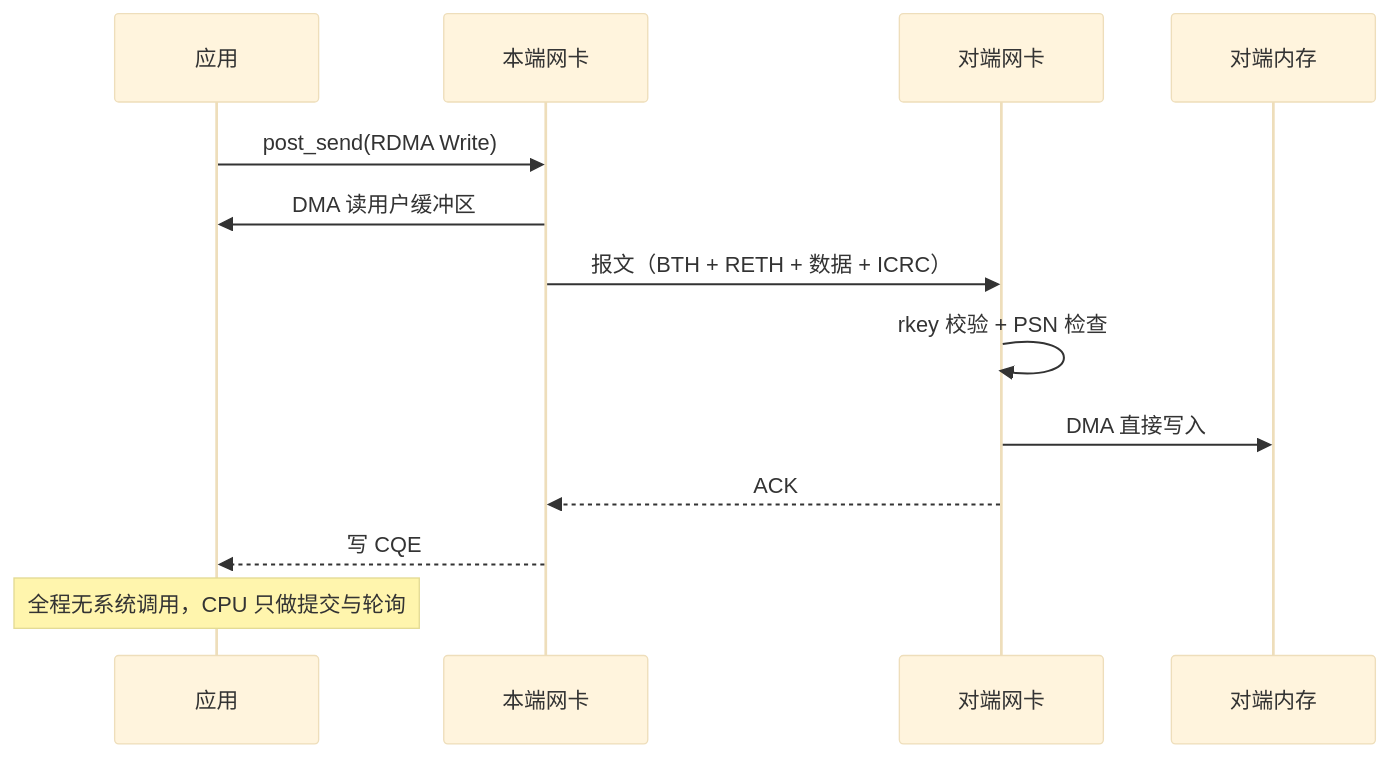
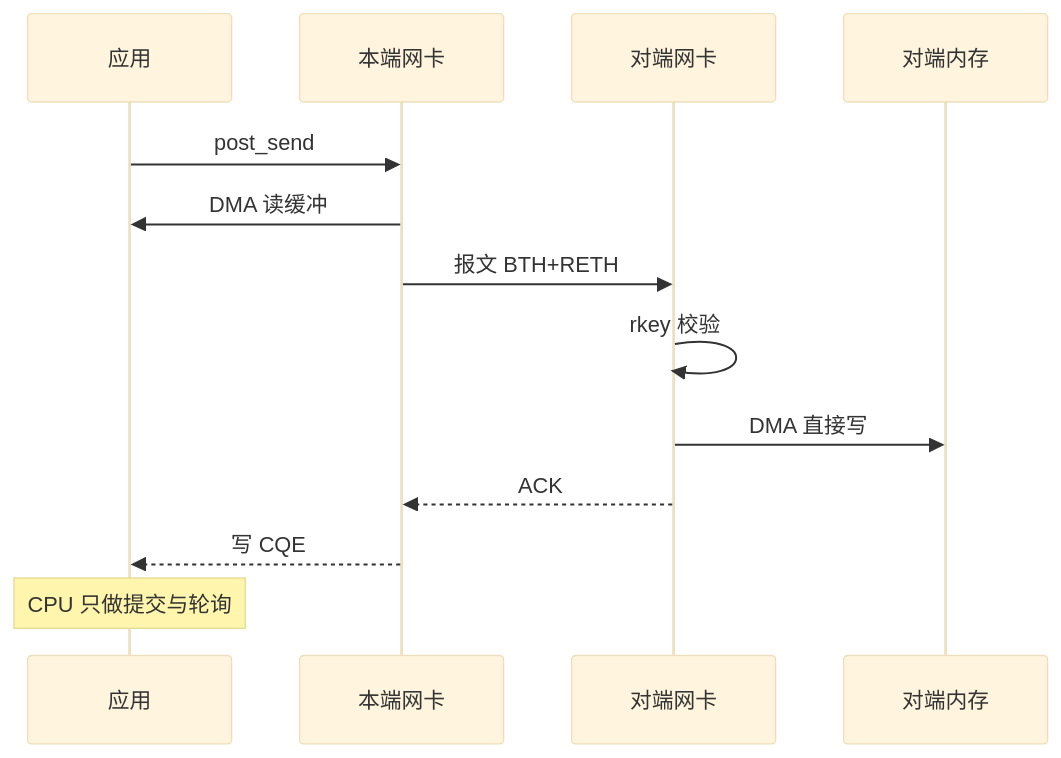
Before and after one commit to lnsyyj/lnsyyj.github.io: the fourth of 4 diagrams in _posts/2026-10-26-rdma-datapath.md, drawn with Mermaid (base theme).

Commit message:
fix: 时序图消息改短，避免被缩放到 9px 字号

````diff
--- a/_posts/2026-10-26-rdma-datapath.md
+++ b/_posts/2026-10-26-rdma-datapath.md
@@ -785,16 +785,16 @@
 ```mermaid
 sequenceDiagram
     participant A as 应用
     participant L as 本端网卡
     participant R as 对端网卡
     participant M as 对端内存
 
-    A->>L: post_send(RDMA Write)
-    L->>A: DMA 读用户缓冲区
-    L->>R: 报文（BTH + RETH + 数据 + ICRC）
-    R->>R: rkey 校验 + PSN 检查
-    R->>M: DMA 直接写入
+    A->>L: post_send
+    L->>A: DMA 读缓冲
+    L->>R: 报文 BTH+RETH
+    R->>R: rkey 校验
+    R->>M: DMA 直接写
     R-->>L: ACK
     L-->>A: 写 CQE
-    Note over A: 全程无系统调用，CPU 只做提交与轮询
+    Note over A: CPU 只做提交与轮询
 ```
````
